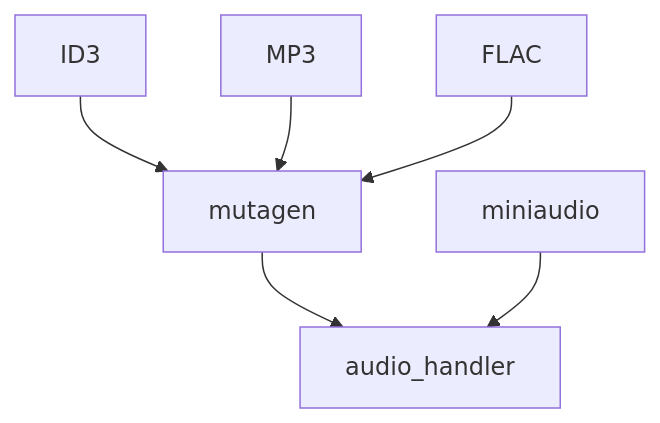
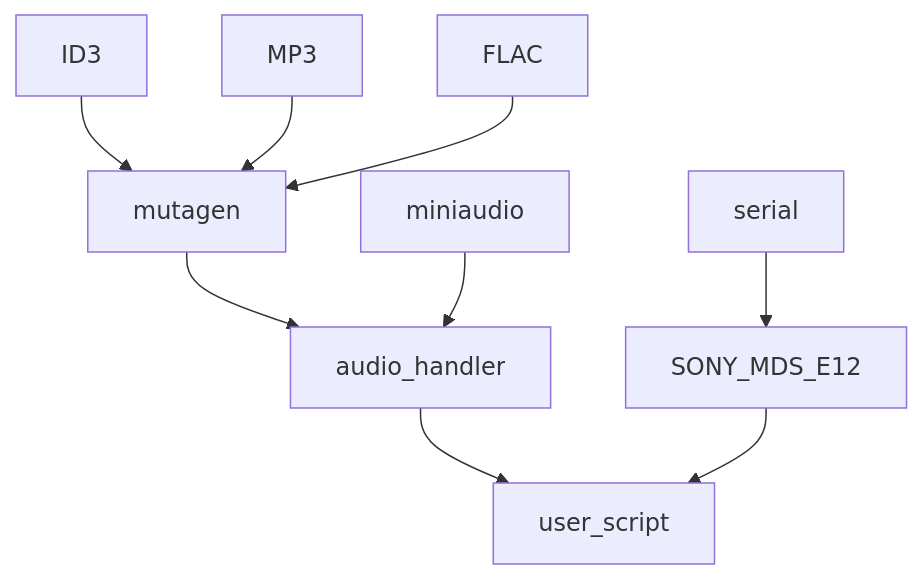
One commit to henkjohan/MiniDisc changed the diagram in README.md. Above: the diagram before and after it, drawn with Mermaid.

````diff
--- a/README.md
+++ b/README.md
@@ -6,9 +6,14 @@
 ```mermaid
 graph TD
   A[ID3] --> B[mutagen]
   C[MP3] --> B
   D[FLAC] --> B
   B --> E[audio_handler]
   F[miniaudio] --> E
 
+  G[serial] --> H[SONY_MDS_E12]
+
+  E --> I[user_script]
+  H --> I
+
 ```
````
